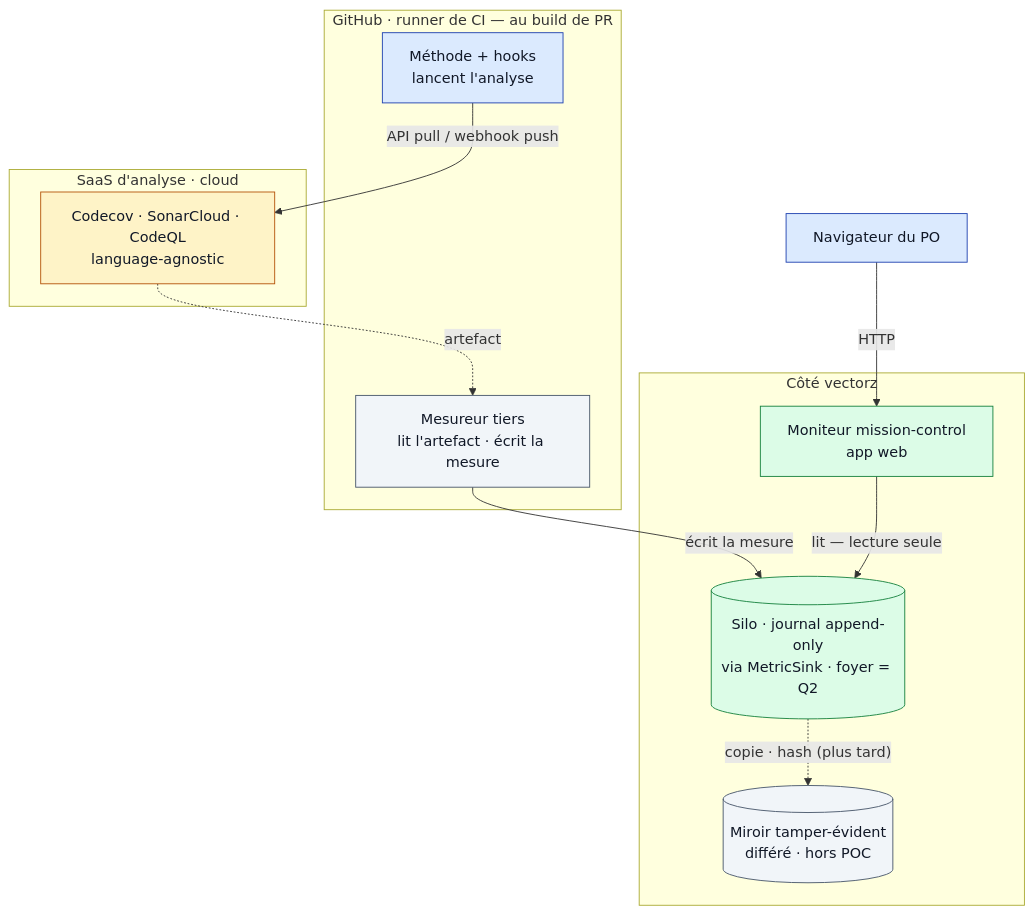
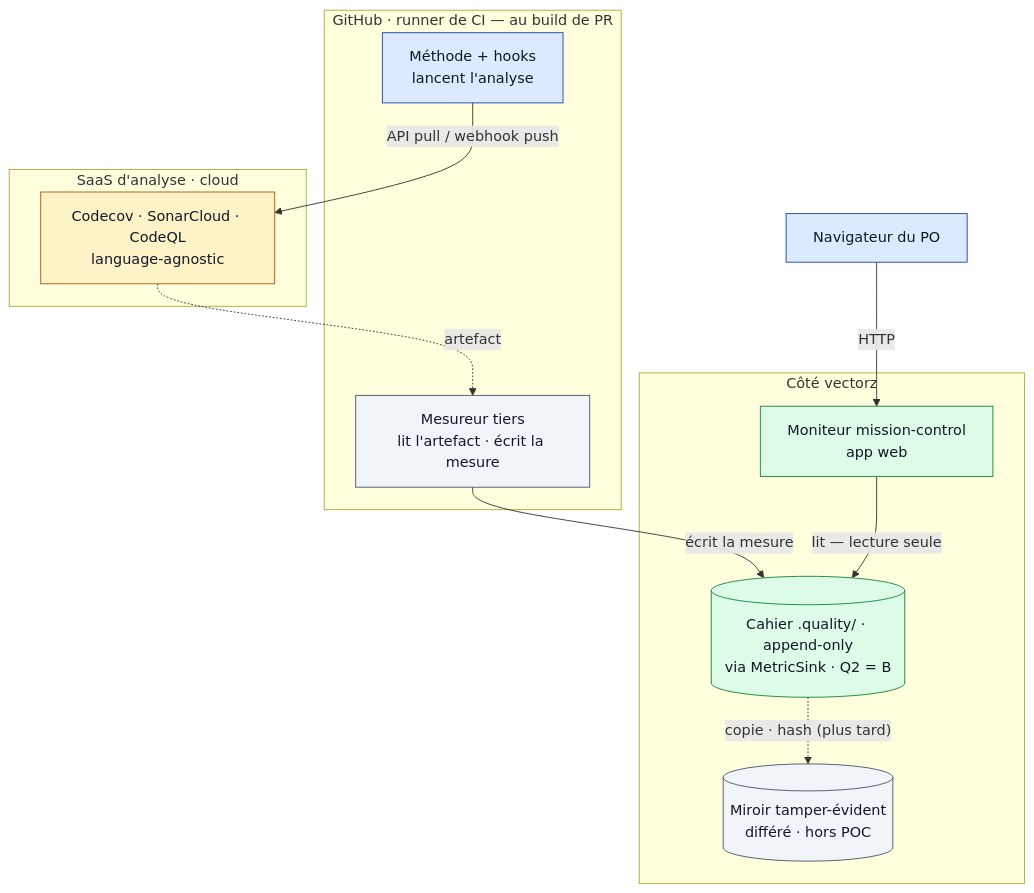
One commit to elzinko/vectorz changed the diagram in diagrams/qualite-deploiement/README.md. Above: the diagram before and after it, drawn with Mermaid. The commit also changed other lines of this file and 6 other files, not shown here.

First line of the commit message:
docs(qualite): Q2 tranché (silo .quality/, option B) + groom 0052

````diff
--- a/diagrams/qualite-deploiement/README.md
+++ b/diagrams/qualite-deploiement/README.md
@@ -25,36 +25,36 @@
 ```mermaid
 flowchart TD
     classDef exec fill:#dbeafe,stroke:#1e40af,color:#111827;
     classDef cloud fill:#fef3c7,stroke:#b45309,color:#111827;
     classDef vectorz fill:#dcfce7,stroke:#15803d,color:#111827;
     classDef neutre fill:#f1f5f9,stroke:#475569,color:#111827;
 
     subgraph CI[GitHub · runner de CI — au build de PR]
         MH["Méthode + hooks<br/>lancent l'analyse"]
         TR["Mesureur tiers<br/>lit l'artefact · écrit la mesure"]
     end
     subgraph CLOUD[SaaS d'analyse · cloud]
         T["Codecov · SonarCloud · CodeQL<br/>language-agnostic"]
     end
     subgraph VZ[Côté vectorz]
-        S[("Silo · journal append-only<br/>via MetricSink · foyer = Q2")]
+        S[("Cahier .quality/ · append-only<br/>via MetricSink · Q2 = B")]
         MIR[("Miroir tamper-évident<br/>différé · hors POC")]
         WEB["Moniteur mission-control<br/>app web"]
     end
     B["Navigateur du PO"]
 
     MH -->|"API pull / webhook push"| T
     T -.->|artefact| TR
     TR -->|écrit la mesure| S
     S -.->|"copie · hash (plus tard)"| MIR
     WEB -->|"lit — lecture seule"| S
     B -->|HTTP| WEB
 
     class MH exec;
     class TR neutre;
     class T cloud;
     class S,WEB vectorz;
     class MIR neutre;
     class B exec;
 
 ```
````
